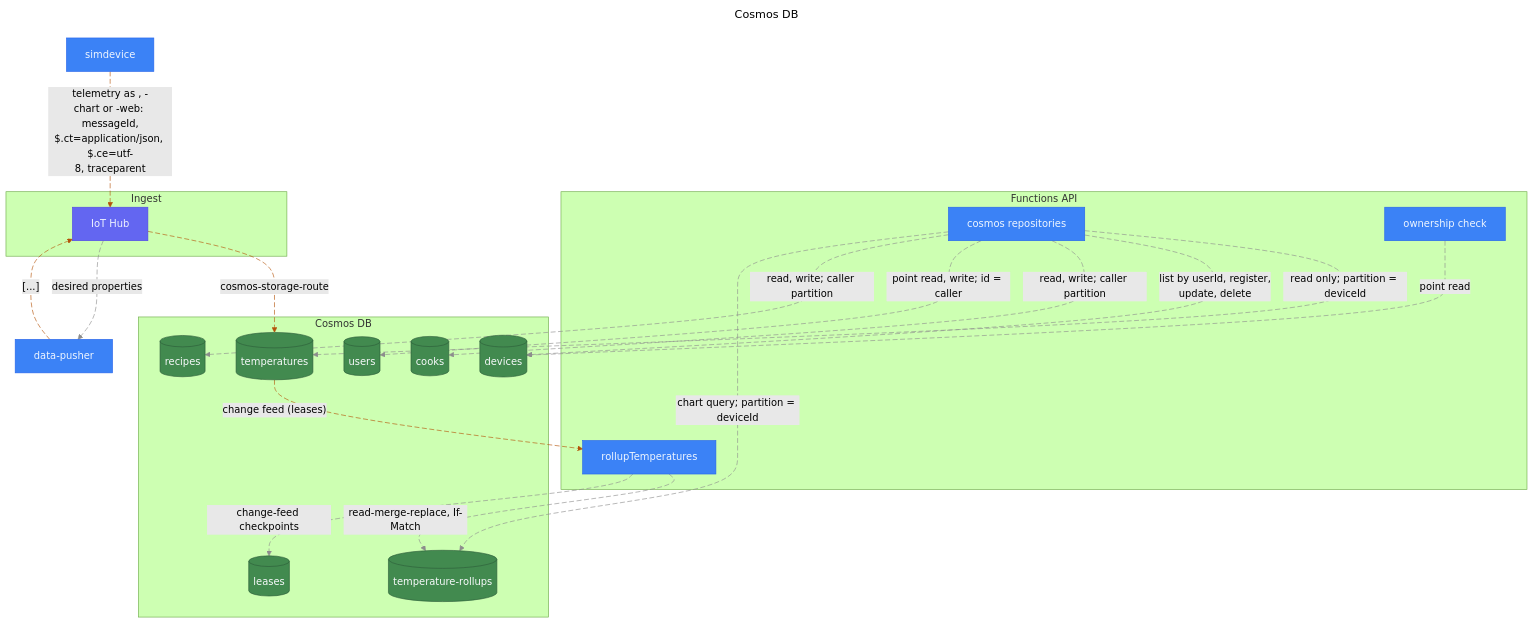
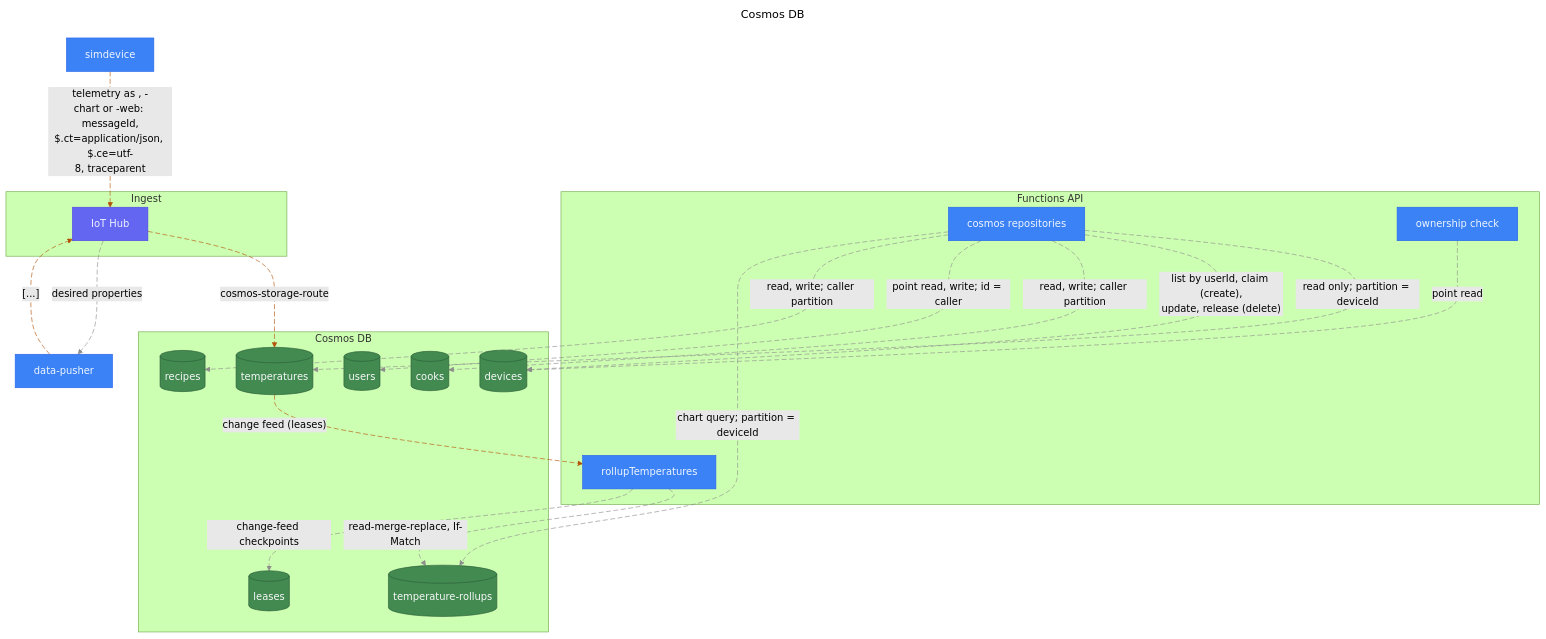
One commit to stevebargelt/meatgeekv2 changed the sixth of 20 diagrams in docs/architecture/diagrams.md. Above: the diagram before and after it, drawn with Mermaid (forest theme). The commit also changed other lines of this file and 7 other files, not shown here.

First line of the commit message:
docs(architecture): HAR-147 DPS as a live element; onboard, claim/release and revoke flows; no SAS or first-come registration left

````diff
--- a/docs/architecture/diagrams.md
+++ b/docs/architecture/diagrams.md
@@ -559,51 +576,51 @@
 ```mermaid
 ---
 title: "Cosmos DB"
 ---
 graph TB
   subgraph MeatgeekCloudApi["`Functions API`"]
     MeatgeekCloudApi.Repos@{ shape: rectangle, label: "cosmos repositories" }
     MeatgeekCloudApi.Ownership@{ shape: rectangle, label: "ownership check" }
     MeatgeekCloudApi.Rollup@{ shape: rectangle, label: "rollupTemperatures" }
   end
   DeliverySimdevice@{ shape: rectangle, label: "simdevice" }
   subgraph MeatgeekCloudIngest["`Ingest`"]
     MeatgeekCloudIngest.Iothub@{ shape: rectangle, label: "IoT Hub" }
   end
   subgraph MeatgeekCloudData["`Cosmos DB`"]
     MeatgeekCloudData.Temperatures@{ shape: cylinder, label: "temperatures" }
     MeatgeekCloudData.Devices@{ shape: cylinder, label: "devices" }
     MeatgeekCloudData.Cooks@{ shape: cylinder, label: "cooks" }
     MeatgeekCloudData.Users@{ shape: cylinder, label: "users" }
     MeatgeekCloudData.Recipes@{ shape: cylinder, label: "recipes" }
     MeatgeekCloudData.TemperatureRollups@{ shape: cylinder, label: "temperature-rollups" }
     MeatgeekCloudData.Leases@{ shape: cylinder, label: "leases" }
   end
   MeatgeekEdgePusher@{ shape: rectangle, label: "data-pusher" }
   MeatgeekCloudApi.Repos -. "`read only; partition = deviceId`" .-> MeatgeekCloudData.Temperatures
-  MeatgeekCloudApi.Repos -. "`list by userId, register,
-update, delete`" .-> MeatgeekCloudData.Devices
+  MeatgeekCloudApi.Repos -. "`list by userId, claim (create),
+update, release (delete)`" .-> MeatgeekCloudData.Devices
   MeatgeekCloudApi.Repos -. "`read, write; caller partition`" .-> MeatgeekCloudData.Cooks
   MeatgeekCloudApi.Repos -. "`point read, write; id = caller`" .-> MeatgeekCloudData.Users
   MeatgeekCloudApi.Repos -. "`read, write; caller partition`" .-> MeatgeekCloudData.Recipes
   MeatgeekCloudApi.Repos -. "`chart query; partition = deviceId`" .-> MeatgeekCloudData.TemperatureRollups
   MeatgeekCloudApi.Ownership -. "`point read`" .-> MeatgeekCloudData.Devices
   MeatgeekCloudIngest.Iothub -. "`cosmos-storage-route`" .-> MeatgeekCloudData.Temperatures
   MeatgeekCloudData.Temperatures -. "`change feed (leases)`" .-> MeatgeekCloudApi.Rollup
   MeatgeekCloudApi.Rollup -. "`read-merge-replace, If-Match`" .-> MeatgeekCloudData.TemperatureRollups
   MeatgeekCloudApi.Rollup -. "`change-feed checkpoints`" .-> MeatgeekCloudData.Leases
   MeatgeekCloudIngest.Iothub -. "`desired properties`" .-> MeatgeekEdgePusher
   MeatgeekEdgePusher -. "`[...]`" .-> MeatgeekCloudIngest.Iothub
   DeliverySimdevice -. "`telemetry as <sim>, <sim>-
 chart or <sim>-web: messageId,
 $.ct=application/json, $.ce=utf-
 8, traceparent`" .-> MeatgeekCloudIngest.Iothub
   classDef primary fill:#3b82f6,stroke:#2563eb,color:#eff6ff
   class DeliverySimdevice,MeatgeekCloudApi.Repos,MeatgeekCloudApi.Ownership,MeatgeekEdgePusher,MeatgeekCloudApi.Rollup primary
   classDef indigo fill:#6366f1,stroke:#4f46e5,color:#eef2ff
   class MeatgeekCloudIngest.Iothub indigo
   classDef green fill:#428a4f,stroke:#2d5d39,color:#f8fafc
   class MeatgeekCloudData.Temperatures,MeatgeekCloudData.Devices,MeatgeekCloudData.Cooks,MeatgeekCloudData.Users,MeatgeekCloudData.Recipes,MeatgeekCloudData.TemperatureRollups,MeatgeekCloudData.Leases green
   linkStyle 0,1,2,3,4,5,6,9,10,11 stroke:#8D8D8D,stroke-dasharray:8 4
   linkStyle 7,8,12,13 stroke:#b45309,stroke-dasharray:8 4
 ```
````
